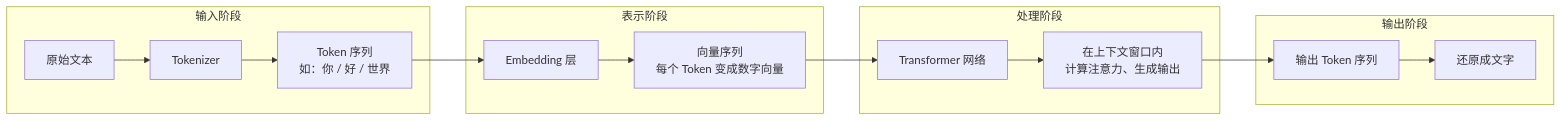
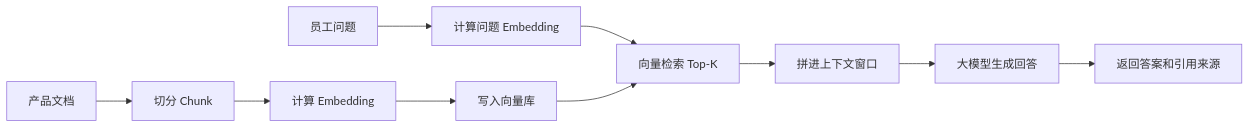
One commit to Unclecheng-li/Hello-AI changed the third of 3 diagrams in docs/basics/token-embedding-context.md. Above: the diagram before and after it, drawn with Mermaid. The commit also changed other lines of this file and 33 other files, not shown here.

````diff
--- a/docs/basics/token-embedding-context.md
+++ b/docs/basics/token-embedding-context.md
@@ -167,22 +289,12 @@
 ```mermaid
 flowchart LR
-    subgraph 输入阶段
-        A[原始文本] --> B[Tokenizer]
-        B --> C["Token 序列<br/>如：你 / 好 / 世界"]
-    end
-
-    subgraph 表示阶段
-        C --> D[Embedding 层]
-        D --> E["向量序列<br/>每个 Token 变成数字向量"]
-    end
-
-    subgraph 处理阶段
-        E --> F[Transformer 网络]
-        F --> G["在上下文窗口内<br/>计算注意力、生成输出"]
-    end
-
-    subgraph 输出阶段
-        G --> H[输出 Token 序列]
-        H --> I[还原成文字]
-    end
+    A[产品文档] --> B[切分 Chunk]
+    B --> C[计算 Embedding]
+    C --> D[写入向量库]
+    E[员工问题] --> F[计算问题 Embedding]
+    F --> G[向量检索 Top-K]
+    D --> G
+    G --> H[拼进上下文窗口]
+    H --> I[大模型生成回答]
+    I --> J[返回答案和引用来源]
 ```
````
